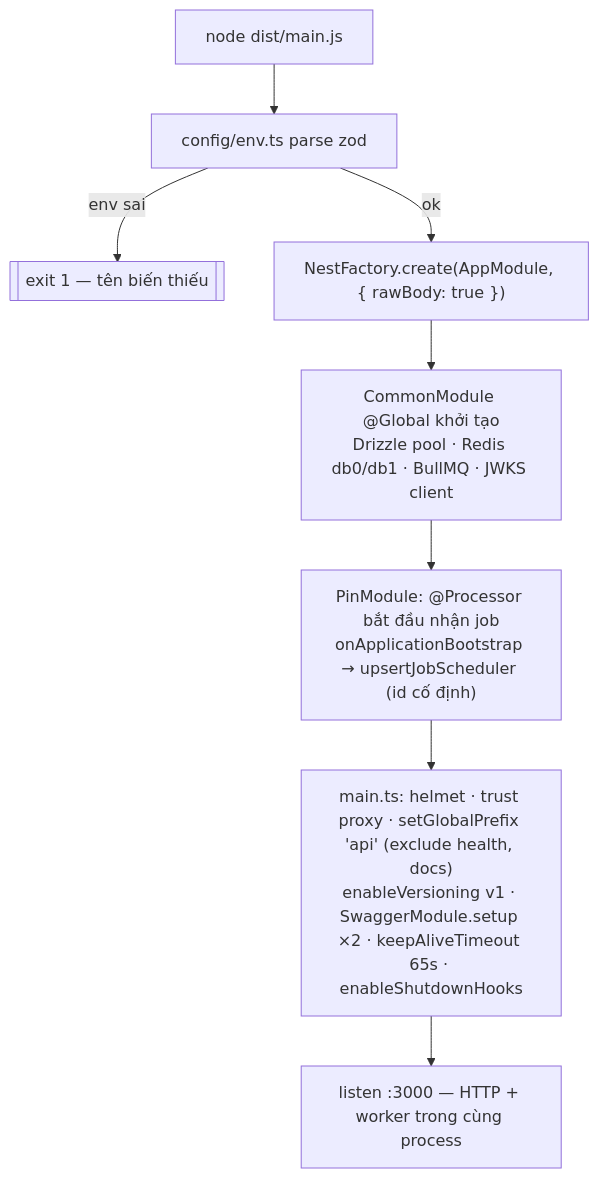
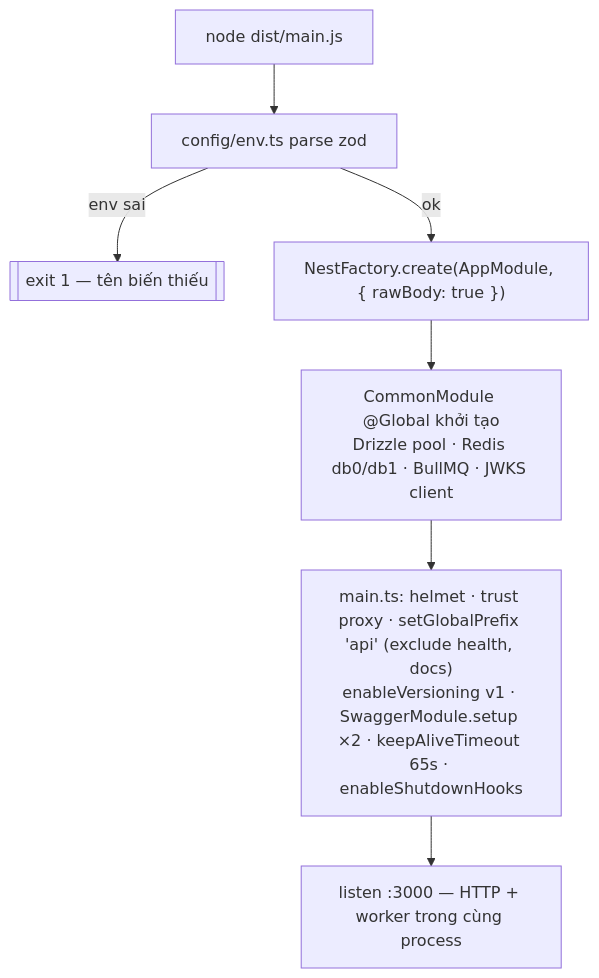
One commit to JasonEastar/nest-structure changed the first of 6 diagrams in docs/project-structure-and-flows.md. Above: the diagram before and after it, drawn with Mermaid. The commit also changed other lines of this file and 13 other files, not shown here.

Commit message:
chore: xoa module pin (skeleton demo queue); QUEUES rong, bull board khong dang ky queue, bo test cron va smoke check 4; docs

````diff
--- a/docs/project-structure-and-flows.md
+++ b/docs/project-structure-and-flows.md
@@ -101,10 +99,9 @@
 ```mermaid
 flowchart TD
   A[node dist/main.js] --> B["config/env.ts parse zod"]
   B -->|env sai| X[["exit 1 — tên biến thiếu"]]
   B -->|ok| C["NestFactory.create(AppModule, { rawBody: true })"]
   C --> D["CommonModule @Global khởi tạo<br/>Drizzle pool · Redis db0/db1 · BullMQ · JWKS client"]
-  D --> E["PinModule: @Processor bắt đầu nhận job<br/>onApplicationBootstrap → upsertJobScheduler (id cố định)"]
-  E --> F["main.ts: helmet · trust proxy · setGlobalPrefix 'api' (exclude health, docs)<br/>enableVersioning v1 · SwaggerModule.setup ×2 · keepAliveTimeout 65s · enableShutdownHooks"]
+  D --> F["main.ts: helmet · trust proxy · setGlobalPrefix 'api' (exclude health, docs)<br/>enableVersioning v1 · SwaggerModule.setup ×2 · keepAliveTimeout 65s · enableShutdownHooks"]
   F --> G["listen :3000 — HTTP + worker trong cùng process"]
 ```
````
